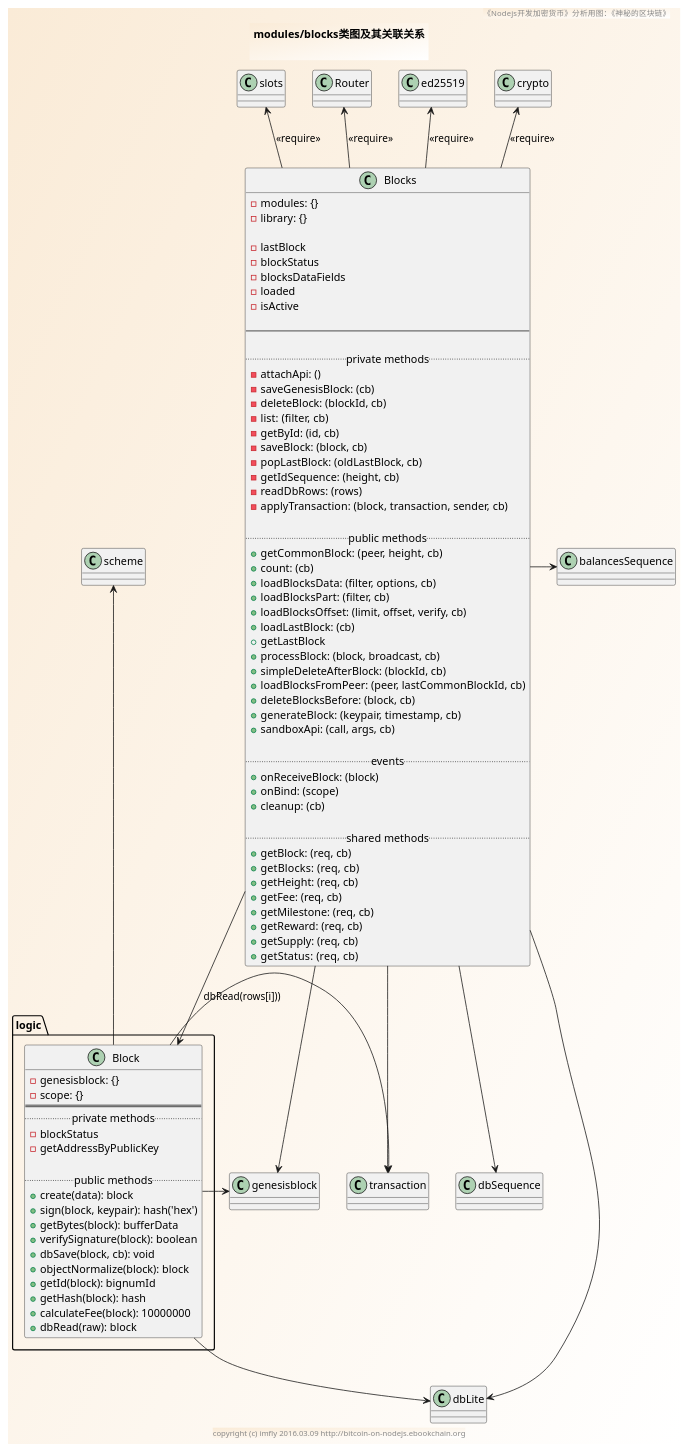
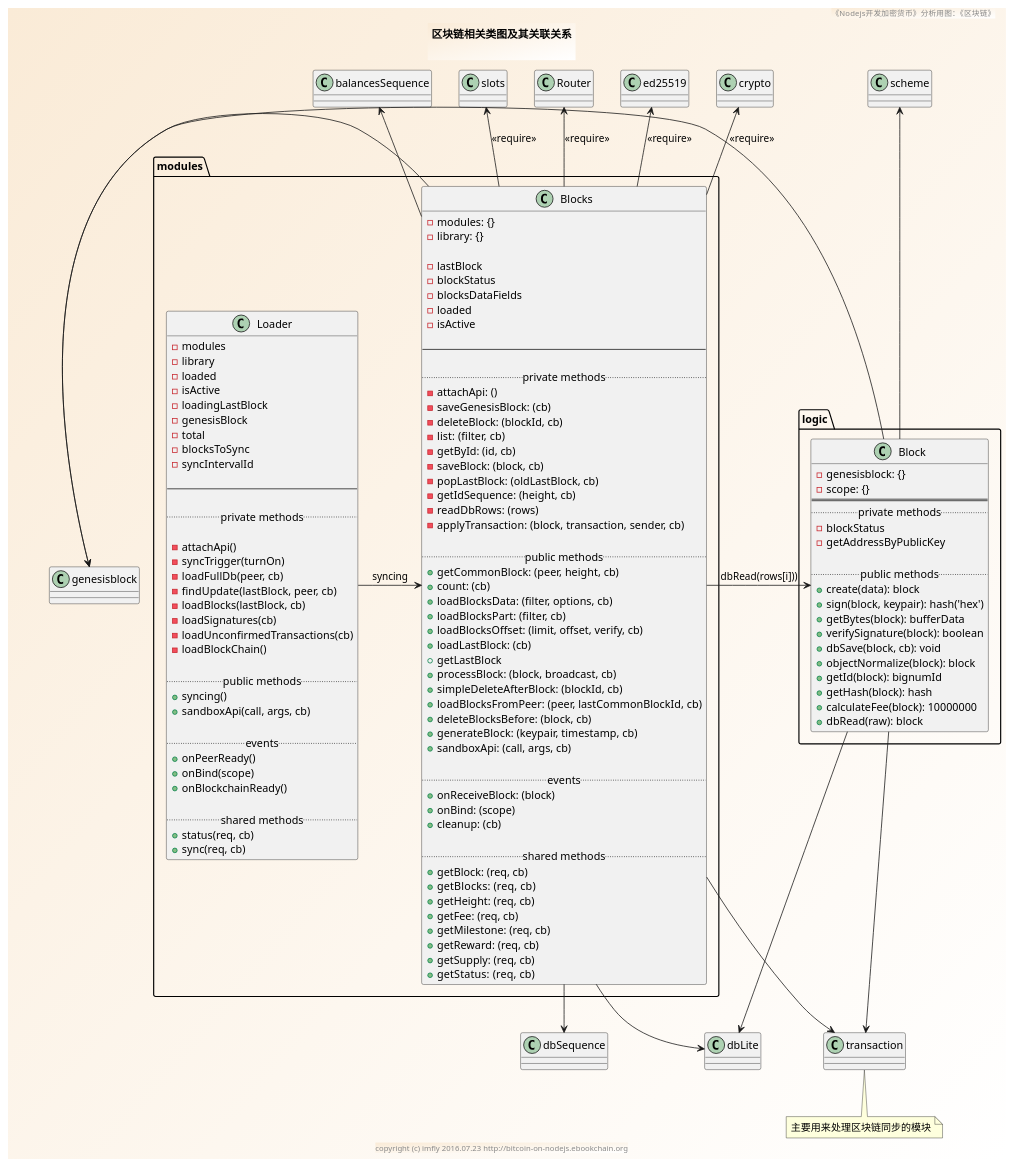
Before and after one commit to brightmanforever022/bitcoin-on-nodejs: the diagram in sources/modules/blocks/class.pu, drawn with PlantUML. The commit also changed 6 other files, not shown here.

```diff
--- a/sources/modules/blocks/class.pu
+++ b/sources/modules/blocks/class.pu
@@ -1,109 +1,152 @@
 @startuml ../../../styles/images/modules/blocks/blocks-class.png
 skinparam BorderColor #blue\9932CC
 skinparam backgroundcolor AntiqueWhite/white
 
 title
-modules/blocks类图及其关联关系
+区块链相关类图及其关联关系
 
 end title
-footer copyright (c) imfly 2016.03.09 http://bitcoin-on-nodejs.ebookchain.org
-header 《Nodejs开发加密货币》分析用图：《神秘的区块链》
+footer copyright (c) imfly 2016.07.23 http://bitcoin-on-nodejs.ebookchain.org
+header 《Nodejs开发加密货币》分析用图：《区块链》
 
 ' logic/block.js
 package logic {
   Class Block {
     - genesisblock: {}
     - scope: {}
     ====
     .. private methods ..
     -blockStatus
     -getAddressByPublicKey
 
     .. public methods ..
     +create(data): block
     +sign(block, keypair): hash('hex')
     +getBytes(block): bufferData
     +verifySignature(block): boolean
     +dbSave(block, cb): void
     +objectNormalize(block): block
     +getId(block): bignumId
     +getHash(block): hash
     +calculateFee(block): 10000000
     +dbRead(raw): block
   }
 }
 
-' modules/blocks.js
-Class Blocks {
-  - modules: {}
-  - library: {}
+package modules {
+  ' modules/blocks.js
+  Class Blocks {
+    - modules: {}
+    - library: {}
 
-  - lastBlock
-  - blockStatus
-  - blocksDataFields
-  - loaded
-  - isActive
+    - lastBlock
+    - blockStatus
+    - blocksDataFields
+    - loaded
+    - isActive
 
-  --
+    --
 
-  .. private methods ..
-  -attachApi: ()
-  -saveGenesisBlock: (cb)
-  -deleteBlock: (blockId, cb)
-  -list: (filter, cb)
-  -getById: (id, cb)
-  -saveBlock: (block, cb)
-  -popLastBlock: (oldLastBlock, cb)
-  -getIdSequence: (height, cb)
-  -readDbRows: (rows)
-  -applyTransaction: (block, transaction, sender, cb)
+    .. private methods ..
+    -attachApi: ()
+    -saveGenesisBlock: (cb)
+    -deleteBlock: (blockId, cb)
+    -list: (filter, cb)
+    -getById: (id, cb)
+    -saveBlock: (block, cb)
+    -popLastBlock: (oldLastBlock, cb)
+    -getIdSequence: (height, cb)
+    -readDbRows: (rows)
+    -applyTransaction: (block, transaction, sender, cb)
 
-  .. public methods ..
-  +getCommonBlock: (peer, height, cb)
-  +count: (cb)
-  +loadBlocksData: (filter, options, cb)
-  +loadBlocksPart: (filter, cb)
-  +loadBlocksOffset: (limit, offset, verify, cb)
-  +loadLastBlock: (cb)
-  +getLastBlock
-  +processBlock: (block, broadcast, cb)
-  +simpleDeleteAfterBlock: (blockId, cb)
-  +loadBlocksFromPeer: (peer, lastCommonBlockId, cb)
-  +deleteBlocksBefore: (block, cb)
-  +generateBlock: (keypair, timestamp, cb)
-  +sandboxApi: (call, args, cb)
+    .. public methods ..
+    +getCommonBlock: (peer, height, cb)
+    +count: (cb)
+    +loadBlocksData: (filter, options, cb)
+    +loadBlocksPart: (filter, cb)
+    +loadBlocksOffset: (limit, offset, verify, cb)
+    +loadLastBlock: (cb)
+    +getLastBlock
+    +processBlock: (block, broadcast, cb)
+    +simpleDeleteAfterBlock: (blockId, cb)
+    +loadBlocksFromPeer: (peer, lastCommonBlockId, cb)
+    +deleteBlocksBefore: (block, cb)
+    +generateBlock: (keypair, timestamp, cb)
+    +sandboxApi: (call, args, cb)
 
-  .. events ..
-  +onReceiveBlock: (block)
-  +onBind: (scope)
-  +cleanup: (cb)
+    .. events ..
+    +onReceiveBlock: (block)
+    +onBind: (scope)
+    +cleanup: (cb)
 
-  .. shared methods..
-  +getBlock: (req, cb)
-  +getBlocks:  (req, cb)
-  +getHeight: (req, cb)
-  +getFee: (req, cb)
-  +getMilestone: (req, cb)
-  +getReward: (req, cb)
-  +getSupply: (req, cb)
-  +getStatus:  (req, cb)
+    .. shared methods..
+    +getBlock: (req, cb)
+    +getBlocks:  (req, cb)
+    +getHeight: (req, cb)
+    +getFee: (req, cb)
+    +getMilestone: (req, cb)
+    +getReward: (req, cb)
+    +getSupply: (req, cb)
+    +getStatus:  (req, cb)
+  }
+
+  ' modules/loader.js
+  Class Loader {
+    - modules
+    - library
+    - loaded
+    - isActive
+    - loadingLastBlock
+    - genesisBlock
+    - total
+    - blocksToSync
+    - syncIntervalId
+
+    --
+
+    .. private methods ..
+
+    - attachApi()
+    - syncTrigger(turnOn)
+    - loadFullDb(peer, cb)
+    - findUpdate(lastBlock, peer, cb)
+    - loadBlocks(lastBlock, cb)
+    - loadSignatures(cb)
+    - loadUnconfirmedTransactions(cb)
+    - loadBlockChain()
+
+    .. public methods ..
+    + syncing()
+    + sandboxApi(call, args, cb)
+
+    .. events ..
+    + onPeerReady()
+    + onBind(scope)
+    + onBlockchainReady()
+
+    .. shared methods..
+    + status(req, cb)
+    + sync(req, cb)
+  }
 }
-
 ' relationship
 Blocks -up-> crypto: <<require>>
 Blocks -up-> ed25519: <<require>>
 Blocks -up-> Router: <<require>>
 Blocks -up-> slots: <<require>>
 
-Blocks -right-> balancesSequence
+Blocks -up-> balancesSequence
 Blocks --> dbSequence
 Blocks -down-> genesisblock
 Blocks -down-> dbLite
+Blocks -down-> transaction
+
+Blocks <-left- Loader: syncing
+note bottom: 主要用来处理区块链同步的模块
 Blocks -left-> Block: dbRead(rows[i]))
-Blocks -down-> transaction
 
 Block -up-> scheme
 Block -down-> dbLite
 Block -left-> genesisblock
 Block -right-> transaction
 @enduml
```
